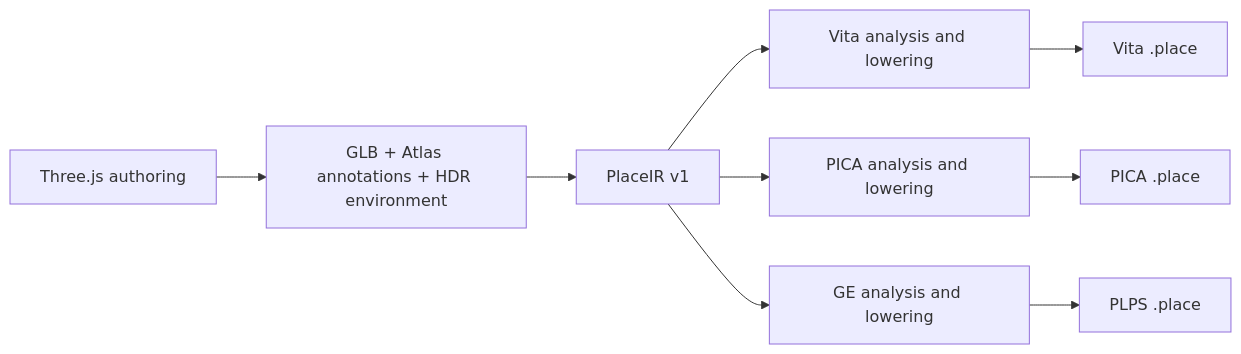
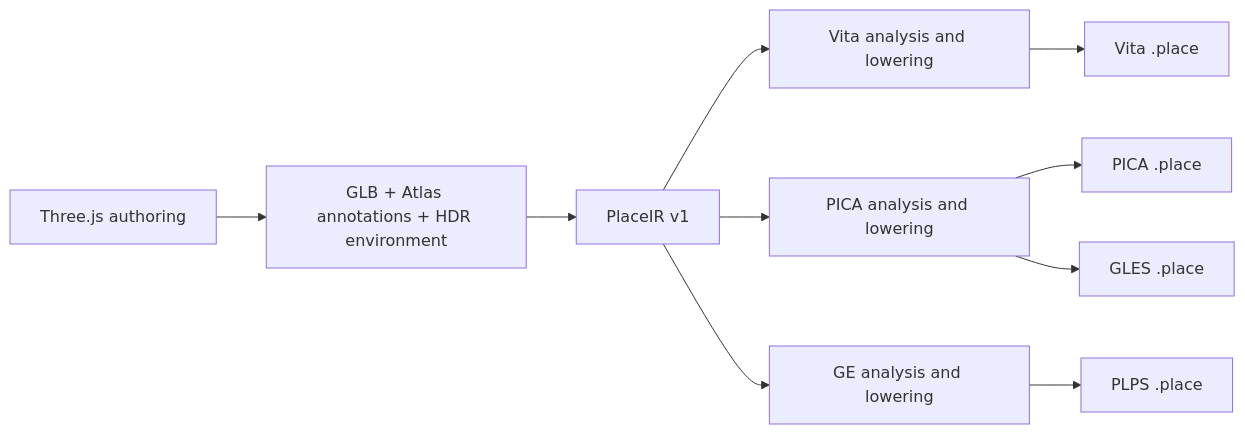
The diagram in docs/COMPILER.md (pocket-nexus/pocket-atlas), drawn with Mermaid before and after one commit. The commit also changed other lines of this file and 17 other files, not shown here.

````diff
--- a/docs/COMPILER.md
+++ b/docs/COMPILER.md
@@ -10,11 +10,12 @@
 ```mermaid
 flowchart LR
   Web[Three.js authoring] --> Export[GLB + Atlas annotations + HDR environment]
   Export --> IR[PlaceIR v1]
   IR --> Vita[Vita analysis and lowering]
   IR --> Pica[PICA analysis and lowering]
   IR --> GE[GE analysis and lowering]
   Vita --> VP[Vita .place]
   Pica --> PP[PICA .place]
+  Pica --> IP[GLES .place]
   GE --> GP[PLPS .place]
 ```
````
